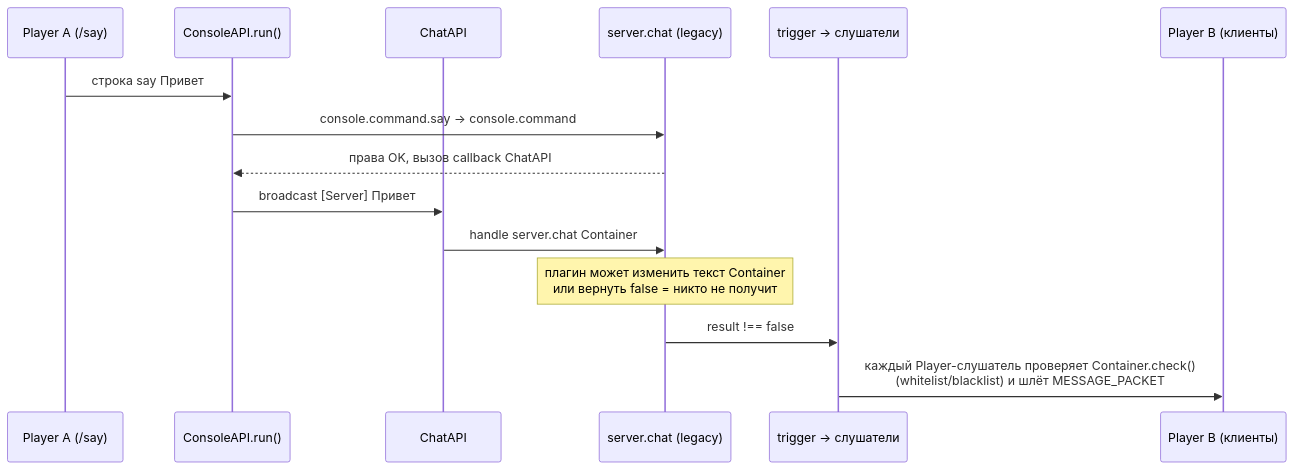
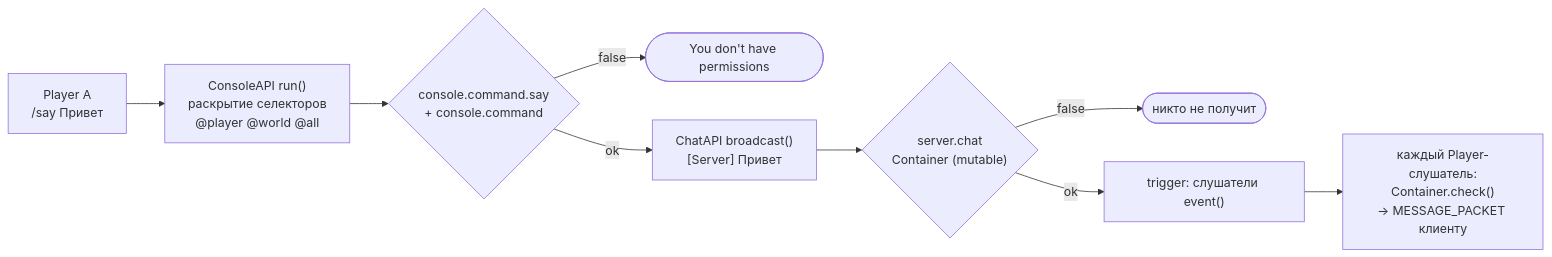
One commit to MineDg2665/WorldPECore changed the eighth of 9 diagrams in docs/01-introduction.md. Above: the diagram before and after it, drawn with Mermaid. The commit also changed other lines of this file and 2 other files, not shown here.

Commit message:
docs diagrams fixed

````diff
--- a/docs/01-introduction.md
+++ b/docs/01-introduction.md
@@ -558,18 +532,11 @@
 ```mermaid
-sequenceDiagram
-    participant U as Player A (/say)
-    participant C as ConsoleAPI.run()
-    participant Ch as ChatAPI
-    participant H as server.chat (legacy)
-    participant T as trigger → слушатели
-    participant B as Player B (клиенты)
-
-    U->>C: строка say Привет
-    C->>H: console.command.say → console.command
-    H-->>C: права OK, вызов callback ChatAPI
-    C->>Ch: broadcast [Server] Привет
-    Ch->>H: handle server.chat Container
-    Note over H: плагин может изменить текст Container<br/>или вернуть false = никто не получит
-    H->>T: result !== false
-    T->>B: каждый Player-слушатель проверяет Container.check()<br/>(whitelist/blacklist) и шлёт MESSAGE_PACKET
+flowchart LR
+    U["Player A<br/>/say Привет"] --> CMD["ConsoleAPI run()<br/>раскрытие селекторов<br/>@player @world @all"]
+    CMD --> PERM{"console.command.say<br/>+ console.command"}
+    PERM -- "false" --> DENY(["You don't have permissions"])
+    PERM -- "ok" --> CH["ChatAPI broadcast()<br/>[Server] Привет"]
+    CH --> HOOK{"server.chat<br/>Container (mutable)"}
+    HOOK -- "false" --> NONE(["никто не получит"])
+    HOOK -- "ok" --> TRIG["trigger: слушатели event()"]
+    TRIG --> B["каждый Player-слушатель:<br/>Container.check()<br/>→ MESSAGE_PACKET клиенту"]
 ```
````
